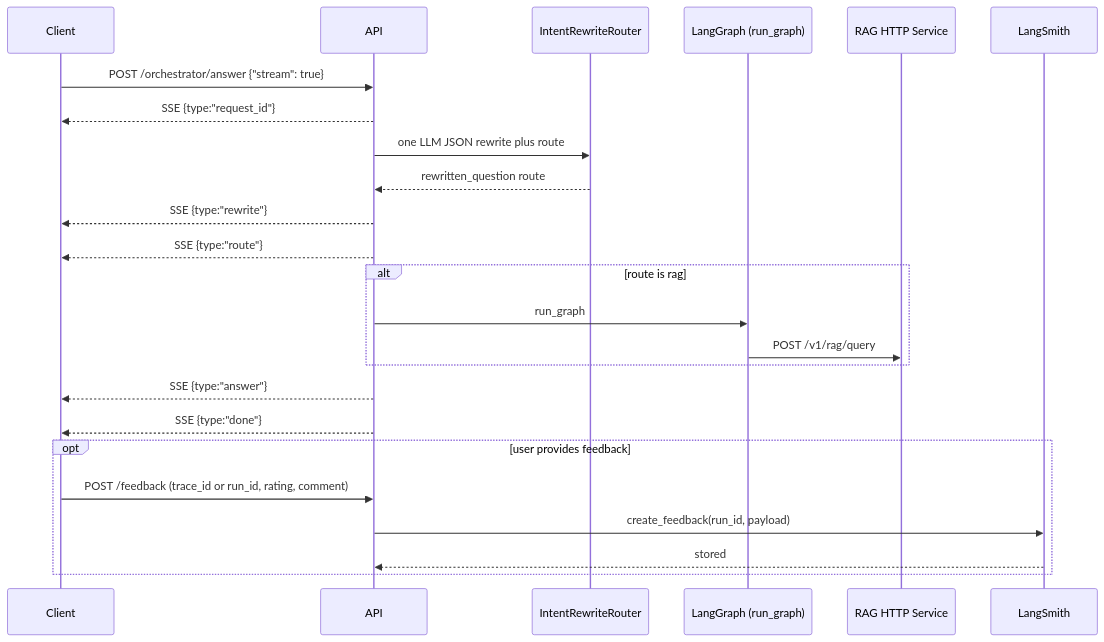
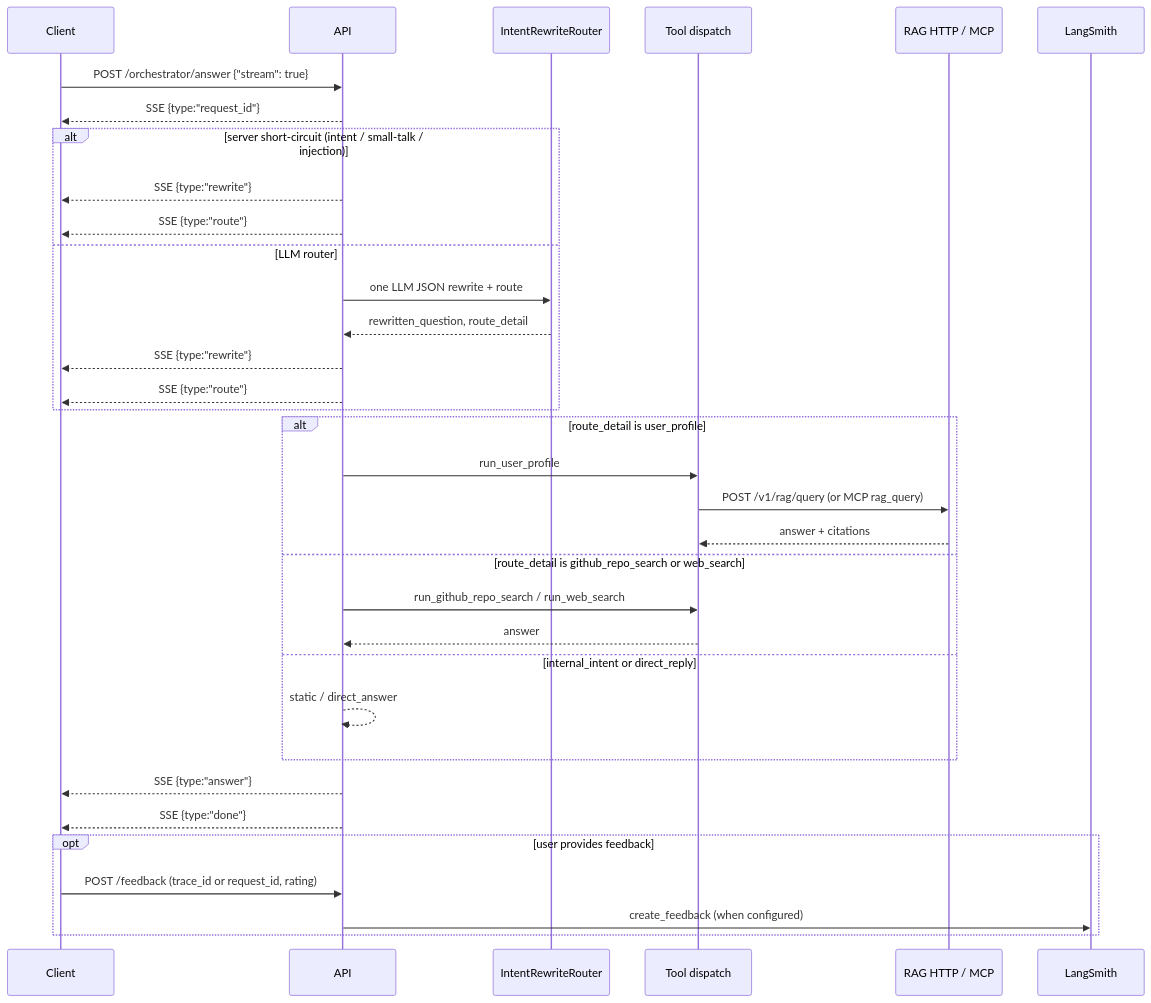
Before and after one commit to taixingbi/layer-orchestrator-v1: the diagram in docs/architecture.md, drawn with Mermaid. The commit also changed other lines of this file and 44 other files, not shown here.

````diff
--- a/docs/architecture.md
+++ b/docs/architecture.md
@@ -127,31 +128,41 @@
 ```mermaid
 sequenceDiagram
   participant Client
   participant API
   participant Router as IntentRewriteRouter
-  participant Graph as LangGraph (run_graph)
-  participant RAG as RAG HTTP Service
+  participant Tools as Tool dispatch
+  participant RAG as RAG HTTP / MCP
   participant LangSmith
 
   Client->>API: POST /orchestrator/answer {"stream": true}
   API-->>Client: SSE {type:"request_id"}
 
-  API->>Router: one LLM JSON rewrite plus route
-  Router-->>API: rewritten_question route
-  API-->>Client: SSE {type:"rewrite"}
-  API-->>Client: SSE {type:"route"}
+  alt server short-circuit (intent / small-talk / injection)
+    API-->>Client: SSE {type:"rewrite"}
+    API-->>Client: SSE {type:"route"}
+  else LLM router
+    API->>Router: one LLM JSON rewrite + route
+    Router-->>API: rewritten_question, route_detail
+    API-->>Client: SSE {type:"rewrite"}
+    API-->>Client: SSE {type:"route"}
+  end
 
-  alt route is rag
-    API->>Graph: run_graph
-    Graph->>RAG: POST /v1/rag/query
+  alt route_detail is user_profile
+    API->>Tools: run_user_profile
+    Tools->>RAG: POST /v1/rag/query (or MCP rag_query)
+    RAG-->>Tools: answer + citations
+  else route_detail is github_repo_search or web_search
+    API->>Tools: run_github_repo_search / run_web_search
+    Tools-->>API: answer
+  else internal_intent or direct_reply
+    API-->>API: static / direct_answer
   end
 
   API-->>Client: SSE {type:"answer"}
   API-->>Client: SSE {type:"done"}
 
   opt user provides feedback
-    Client->>API: POST /feedback (trace_id or run_id, rating, comment)
-    API->>LangSmith: create_feedback(run_id, payload)
-    LangSmith-->>API: stored
+    Client->>API: POST /feedback (trace_id or request_id, rating)
+    API->>LangSmith: create_feedback (when configured)
   end
 ```
````
